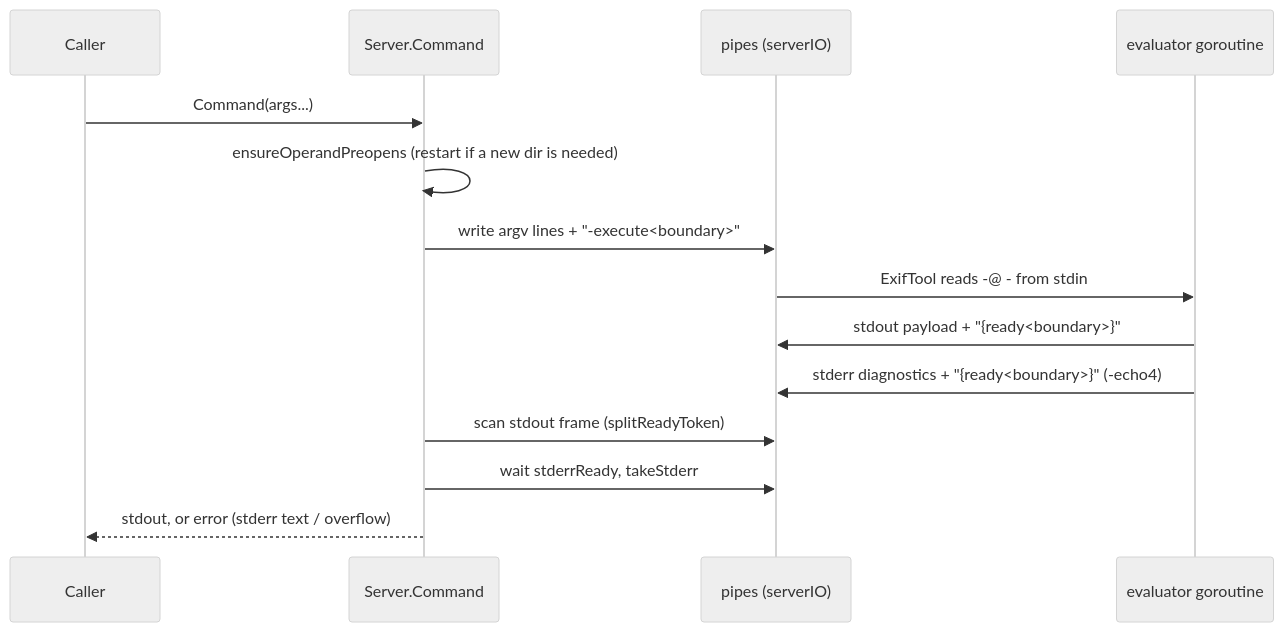
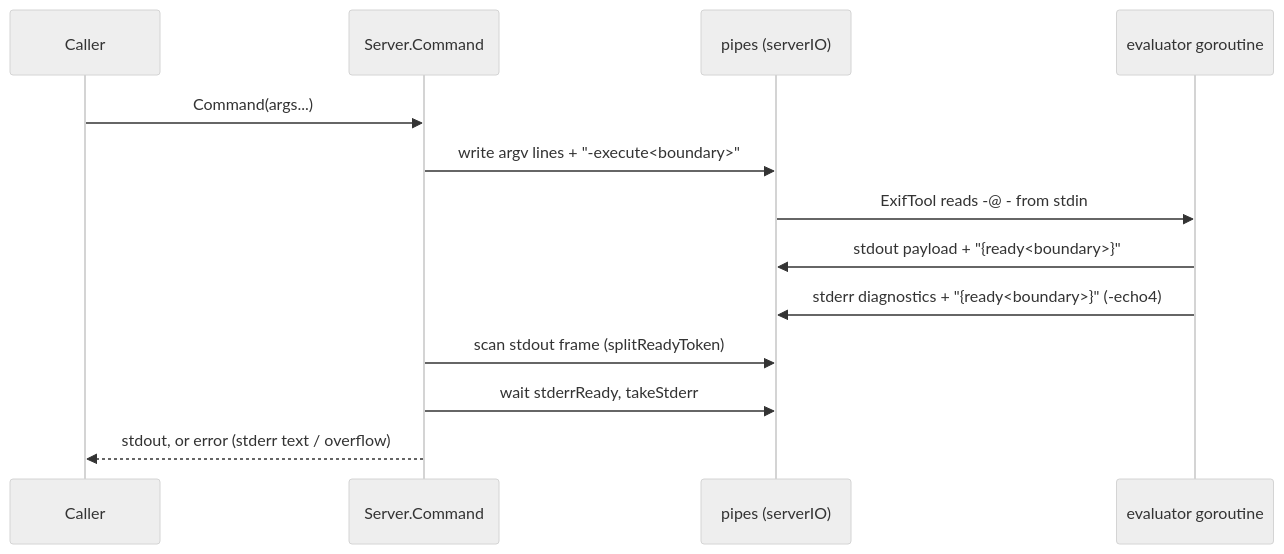
The fifth of 6 diagrams in ARCHITECTURE.md (lbe/go-exiftool-wasm), drawn with Mermaid (neutral theme) before and after one commit. The commit also changed other lines of this file and 29 other files, not shown here.

````diff
--- a/ARCHITECTURE.md
+++ b/ARCHITECTURE.md
@@ -224,16 +214,15 @@
 ```mermaid
 sequenceDiagram
   participant C as Caller
   participant S as Server.Command
   participant P as pipes (serverIO)
   participant E as evaluator goroutine
   C->>S: Command(args...)
-  S->>S: ensureOperandPreopens (restart if a new dir is needed)
   S->>P: write argv lines + "-execute<boundary>"
   P->>E: ExifTool reads -@ - from stdin
   E->>P: stdout payload + "{ready<boundary>}"
   E->>P: stderr diagnostics + "{ready<boundary>}" (-echo4)
   S->>P: scan stdout frame (splitReadyToken)
   S->>P: wait stderrReady, takeStderr
   S-->>C: stdout, or error (stderr text / overflow)
 ```
````
